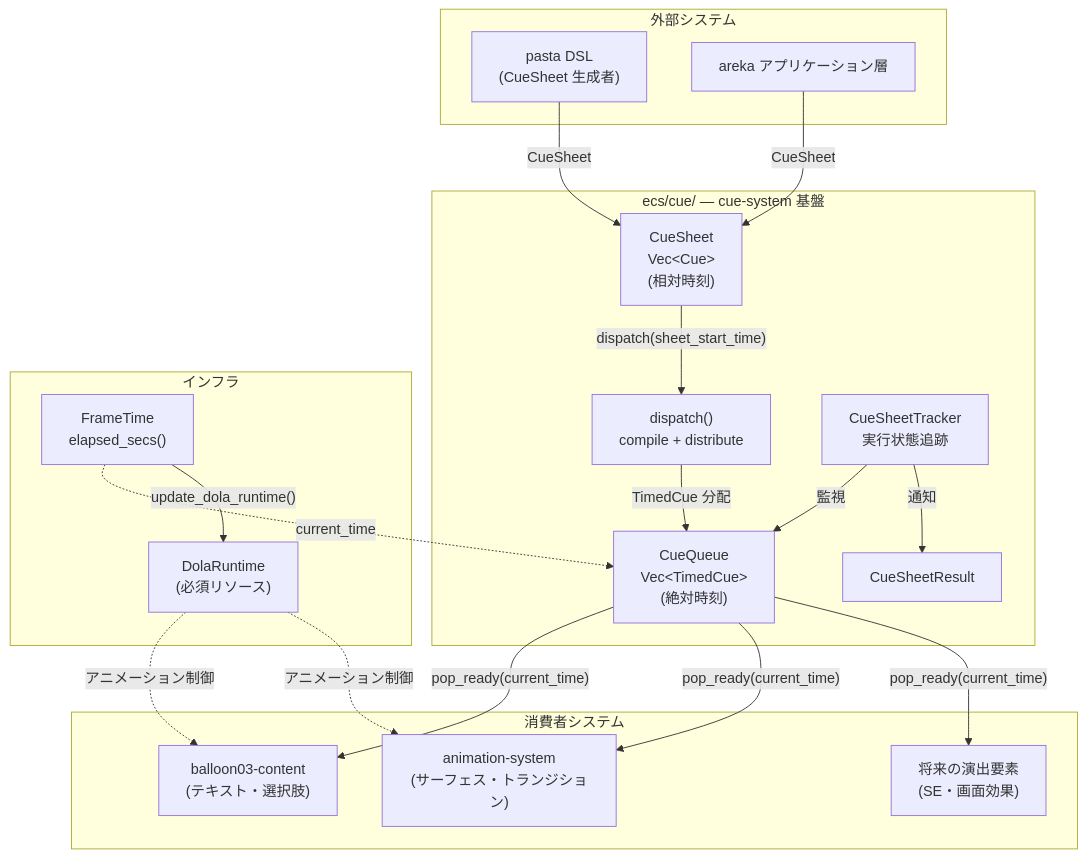
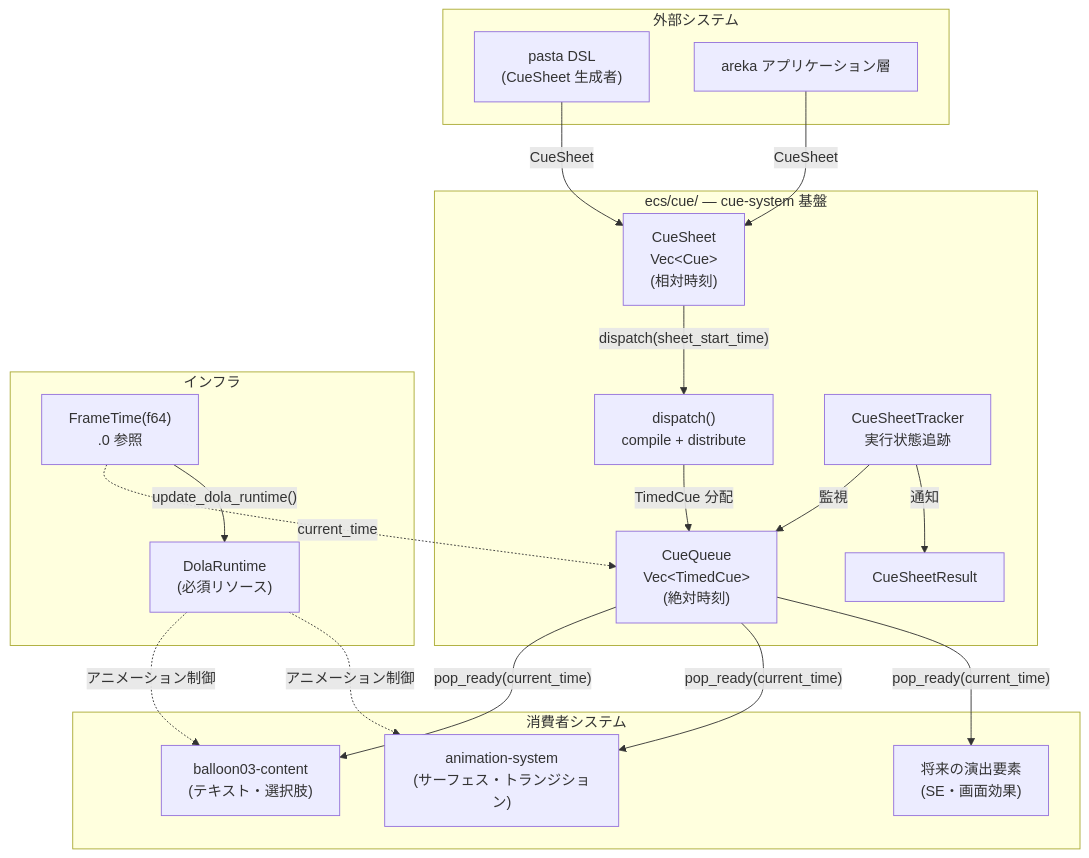
Before and after one commit to ekicyou/areka: the first of 5 diagrams in .kiro/specs/wintf-P0-cue-system/design.md, drawn with Mermaid. The commit also changed other lines of this file and 31 other files, not shown here.

Commit message:
test(ecs): DolaRuntime、FrameTime、CueQueue、EntityRegistry、CueSheetTracker の統合テストとパフォーマンステストを追加

````diff
--- a/.kiro/specs/wintf-P0-cue-system/design.md
+++ b/.kiro/specs/wintf-P0-cue-system/design.md
@@ -60,40 +60,40 @@
 ```mermaid
 graph TB
     subgraph External["外部システム"]
         PASTA["pasta DSL<br/>(CueSheet 生成者)"]
         AREKA["areka アプリケーション層"]
     end
 
     subgraph CueSystem["ecs/cue/ — cue-system 基盤"]
         CS["CueSheet<br/>Vec&lt;Cue&gt;<br/>(相対時刻)"]
         DISPATCH["dispatch()<br/>compile + distribute"]
         CQ["CueQueue<br/>Vec&lt;TimedCue&gt;<br/>(絶対時刻)"]
         TRACKER["CueSheetTracker<br/>実行状態追跡"]
         RESULT["CueSheetResult"]
     end
 
     subgraph Consumers["消費者システム"]
         BALLOON["balloon03-content<br/>(テキスト・選択肢)"]
         ANIM["animation-system<br/>(サーフェス・トランジション)"]
         FUTURE["将来の演出要素<br/>(SE・画面効果)"]
     end
 
     subgraph Infra["インフラ"]
-        FT["FrameTime<br/>elapsed_secs()"]
+        FT["FrameTime(f64)<br/>.0 参照"]
         DOLA["DolaRuntime<br/>(必須リソース)"]
     end
 
     PASTA -->|CueSheet| CS
     AREKA -->|CueSheet| CS
     CS -->|"dispatch(sheet_start_time)"| DISPATCH
     DISPATCH -->|"TimedCue 分配"| CQ
     CQ -->|"pop_ready(current_time)"| BALLOON
     CQ -->|"pop_ready(current_time)"| ANIM
     CQ -->|"pop_ready(current_time)"| FUTURE
     FT -.->|current_time| CQ
     FT -->|"update_dola_runtime()"| DOLA
     DOLA -.->|"アニメーション制御"| BALLOON
     DOLA -.->|"アニメーション制御"| ANIM
     TRACKER -->|監視| CQ
     TRACKER -->|通知| RESULT
 ```
````
